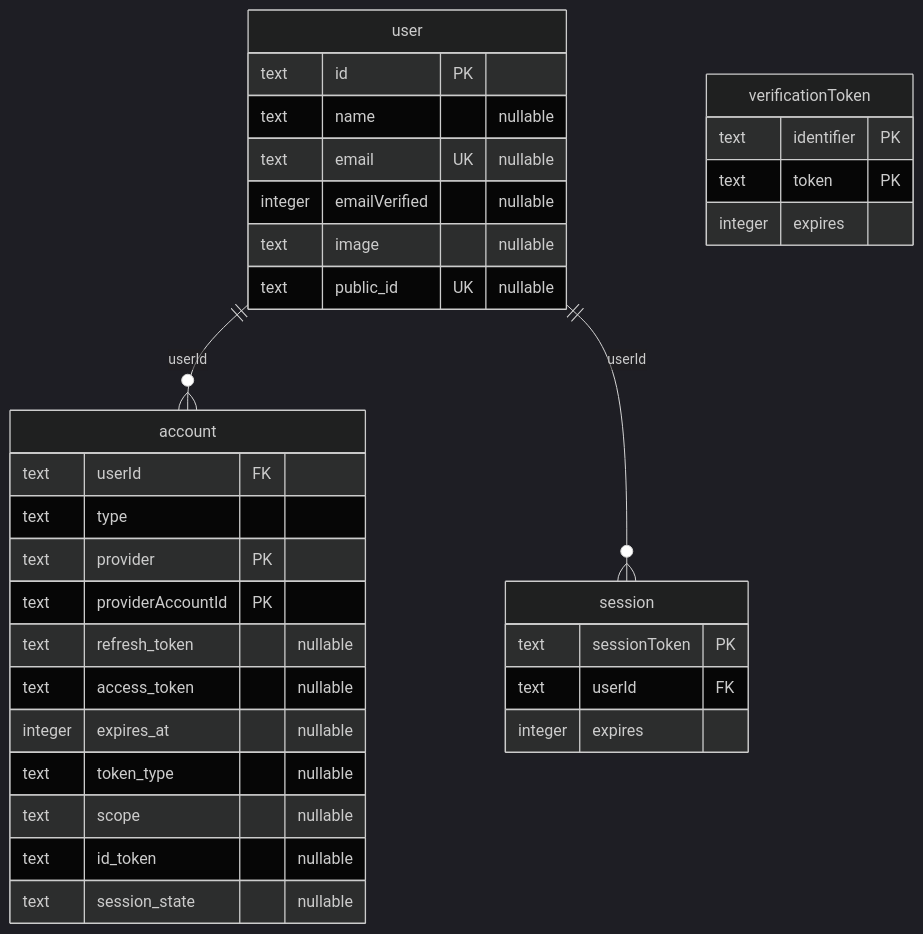
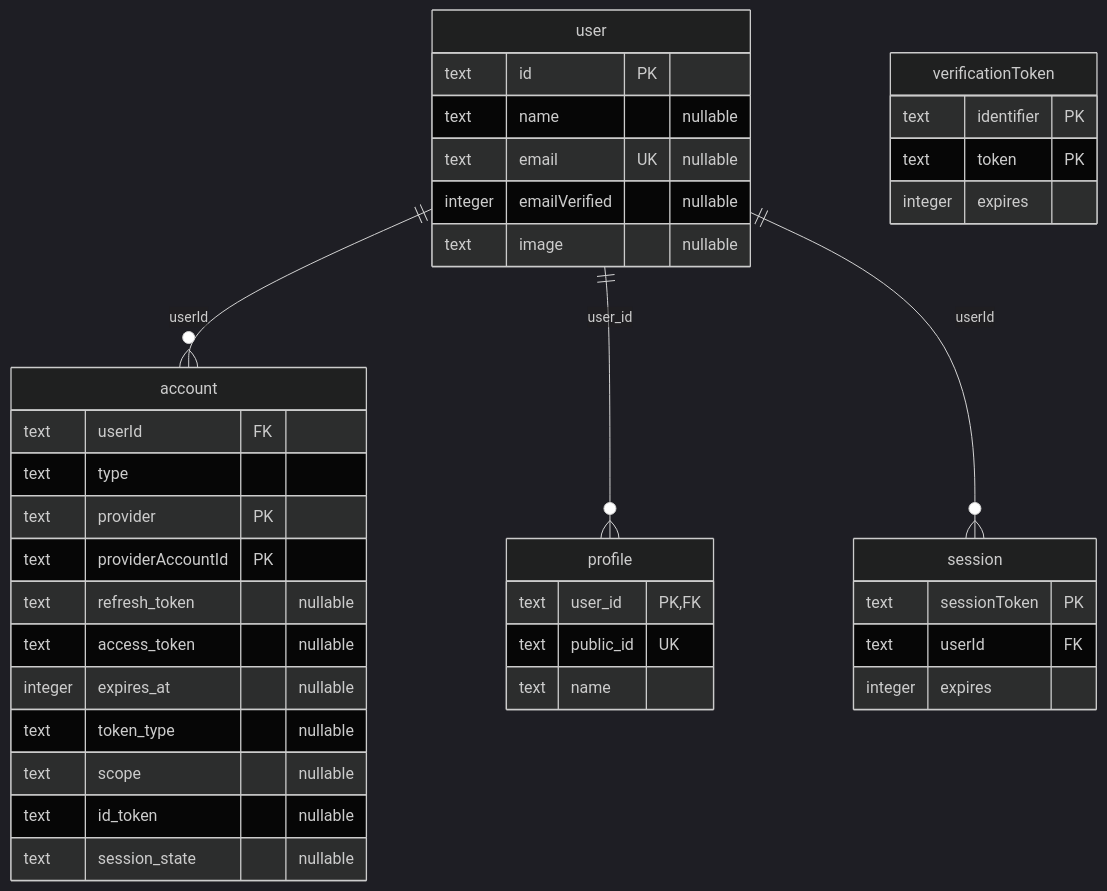
The diagram in docs/er.md (nito-008/oheya), drawn with Mermaid (dark theme) before and after one commit. The commit also changed 10 other files, not shown here.

````diff
--- a/docs/er.md
+++ b/docs/er.md
@@ -6,36 +6,41 @@
 ```mermaid
 erDiagram
   account {
     text userId FK
     text type
     text provider PK
     text providerAccountId PK
     text refresh_token "nullable"
     text access_token "nullable"
     integer expires_at "nullable"
     text token_type "nullable"
     text scope "nullable"
     text id_token "nullable"
     text session_state "nullable"
   }
+  profile {
+    text user_id PK,FK
+    text public_id UK
+    text name
+  }
   session {
     text sessionToken PK
     text userId FK
     integer expires
   }
   user {
     text id PK
     text name "nullable"
     text email UK "nullable"
     integer emailVerified "nullable"
     text image "nullable"
-    text public_id UK "nullable"
   }
   verificationToken {
     text identifier PK
     text token PK
     integer expires
   }
   user ||--o{ account : "userId"
+  user ||--o{ profile : "user_id"
   user ||--o{ session : "userId"
 ```
````
